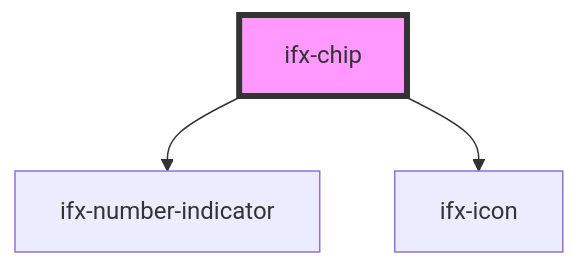
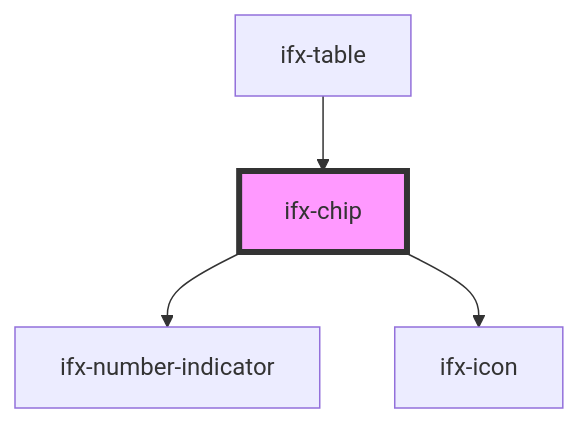
Before and after one commit to Infineon/infineon-design-system-stencil: the diagram in packages/components/src/components/chip/readme.md, drawn with Mermaid. The commit also changed other lines of this file and 18 other files, not shown here.

````diff
--- a/packages/components/src/components/chip/readme.md
+++ b/packages/components/src/components/chip/readme.md
@@ -34,6 +38,7 @@
 ```mermaid
 graph TD;
   ifx-chip --> ifx-number-indicator
   ifx-chip --> ifx-icon
+  ifx-table --> ifx-chip
   style ifx-chip fill:#f9f,stroke:#333,stroke-width:4px
 ```
````
